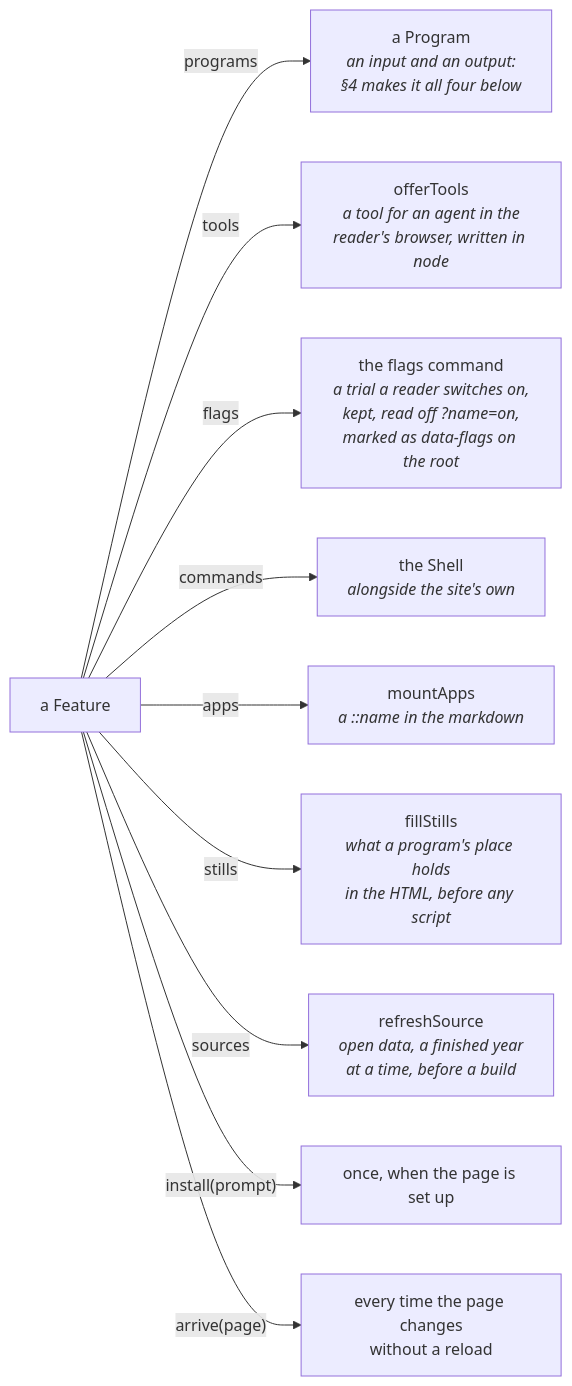
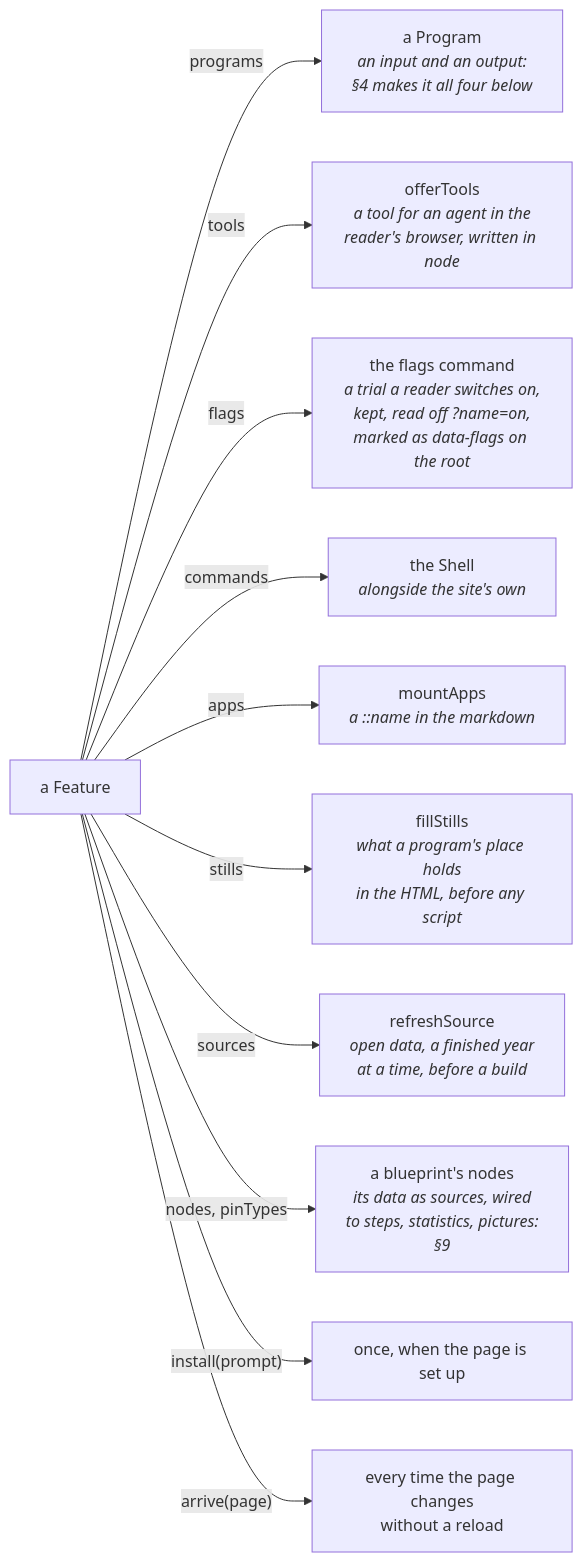
Before and after one commit to drpicox/david-rodenas.com: the third of 9 diagrams in ARCHITECTURE.md, drawn with Mermaid. The commit also changed other lines of this file and 54 other files, not shown here.

````diff
--- a/ARCHITECTURE.md
+++ b/ARCHITECTURE.md
@@ -90,14 +90,15 @@
 ```mermaid
 graph LR
   feature["a Feature"]
 
   feature -- "programs" --> programs["a Program<br/><i>an input and an output:<br/>§4 makes it all four below</i>"]
   feature -- "tools" --> tools["offerTools<br/><i>a tool for an agent in the<br/>reader's browser, written in node</i>"]
   feature -- "flags" --> flags["the flags command<br/><i>a trial a reader switches on,<br/>kept, read off ?name=on,<br/>marked as data-flags on the root</i>"]
   feature -- "commands" --> shell["the Shell<br/><i>alongside the site's own</i>"]
   feature -- "apps" --> apps["mountApps<br/><i>a ::name in the markdown</i>"]
   feature -- "stills" --> stills["fillStills<br/><i>what a program's place holds<br/>in the HTML, before any script</i>"]
   feature -- "sources" --> sources["refreshSource<br/><i>open data, a finished year<br/>at a time, before a build</i>"]
+  feature -- "nodes, pinTypes" --> nodes["a blueprint's nodes<br/><i>its data as sources, wired<br/>to steps, statistics, pictures:<br/>§9</i>"]
   feature -- "install(prompt)" --> once["once, when the page is set up"]
   feature -- "arrive(page)" --> moved["every time the page changes<br/>without a reload"]
 ```
````
